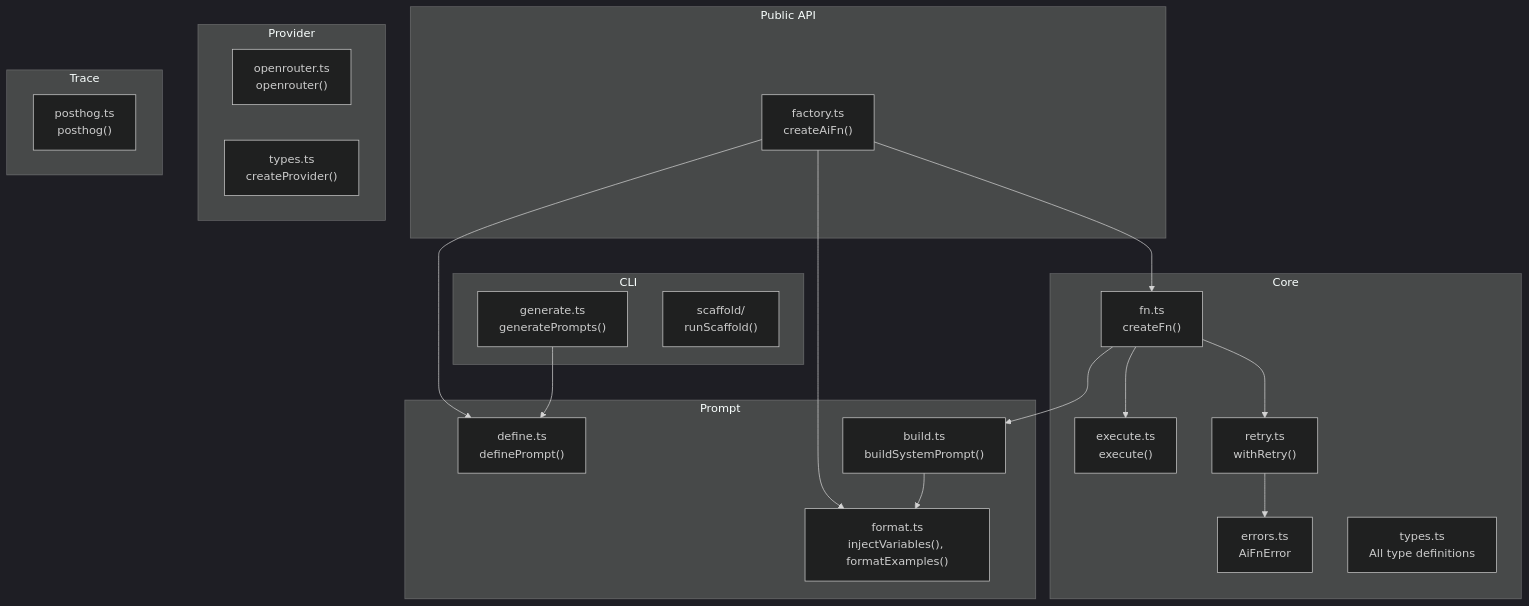
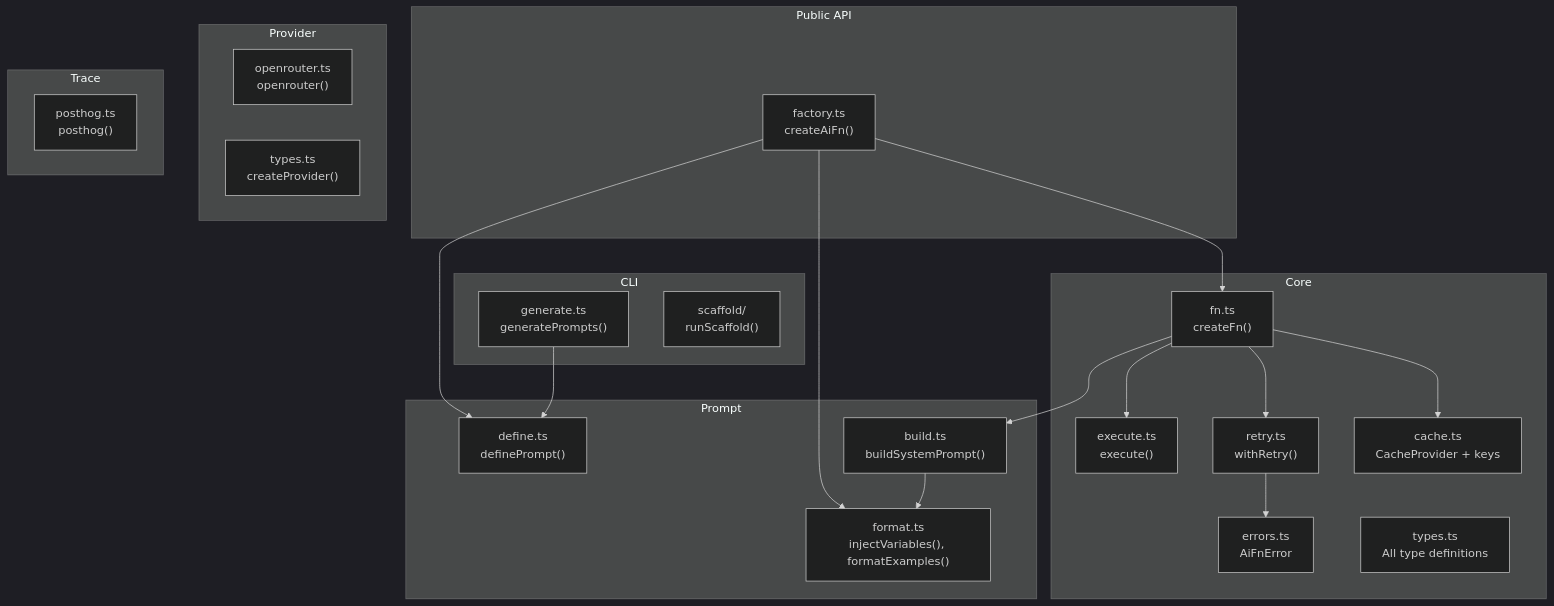
One commit to AbdallahAHO/funcai changed the second of 2 diagrams in HOW-IT-WORKS.md. Above: the diagram before and after it, drawn with Mermaid (dark theme). The commit also changed other lines of this file and 20 other files, not shown here.

````diff
--- a/HOW-IT-WORKS.md
+++ b/HOW-IT-WORKS.md
@@ -133,44 +133,46 @@
 ```mermaid
 graph TD
     subgraph "Public API"
         FACTORY["factory.ts<br/>createAiFn()"]
     end
 
     subgraph "Core"
         FN["fn.ts<br/>createFn()"]
         EXECUTE["execute.ts<br/>execute()"]
         RETRY["retry.ts<br/>withRetry()"]
         ERRORS["errors.ts<br/>AiFnError"]
+        CACHE["cache.ts<br/>CacheProvider + keys"]
         TYPES["types.ts<br/>All type definitions"]
     end
 
     subgraph "Prompt"
         DEFINE["define.ts<br/>definePrompt()"]
         BUILD["build.ts<br/>buildSystemPrompt()"]
         FORMAT["format.ts<br/>injectVariables(), formatExamples()"]
     end
 
     subgraph "Provider"
         OPENROUTER["openrouter.ts<br/>openrouter()"]
         PROVIDER_TYPES["types.ts<br/>createProvider()"]
     end
 
     subgraph "Trace"
         POSTHOG["posthog.ts<br/>posthog()"]
     end
 
     subgraph "CLI"
         GENERATE["generate.ts<br/>generatePrompts()"]
         SCAFFOLD["scaffold/<br/>runScaffold()"]
     end
 
     FACTORY --> FN
     FACTORY --> DEFINE
     FACTORY --> FORMAT
     FN --> EXECUTE
     FN --> RETRY
     FN --> BUILD
     RETRY --> ERRORS
+    FN --> CACHE
     BUILD --> FORMAT
     GENERATE --> DEFINE
 ```
````
